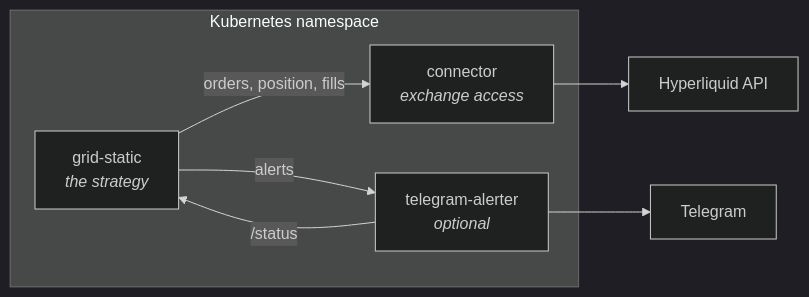
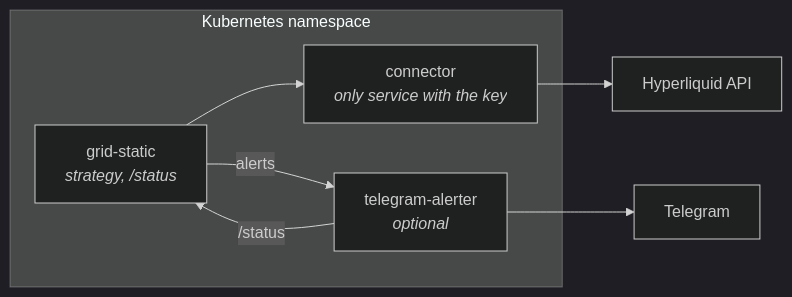
The second of 2 diagrams in README.md (njwgroeneveld/gridstatic), drawn with Mermaid (dark theme) before and after one commit. The commit also changed other lines of this file and 6 other files, not shown here.

````diff
--- a/README.md
+++ b/README.md
@@ -76,16 +66,11 @@
 ```mermaid
 flowchart LR
-    subgraph cluster[Kubernetes namespace]
-        GS[grid-static<br/><i>the strategy</i>]
-        CON[connector<br/><i>exchange access</i>]
+    subgraph k8s[Kubernetes namespace]
+        GS[grid-static<br/><i>strategy, /status</i>]
+        CON[connector<br/><i>only service with the key</i>]
         TG[telegram-alerter<br/><i>optional</i>]
     end
-    HL[Hyperliquid API]
-    TGAPI[Telegram]
-
-    GS -- orders, position, fills --> CON
-    GS -- alerts --> TG
-    CON --> HL
+    GS --> CON --> HL[Hyperliquid API]
+    GS -- alerts --> TG --> TGAPI[Telegram]
     TG -- /status --> GS
-    TG --> TGAPI
 ```
````
